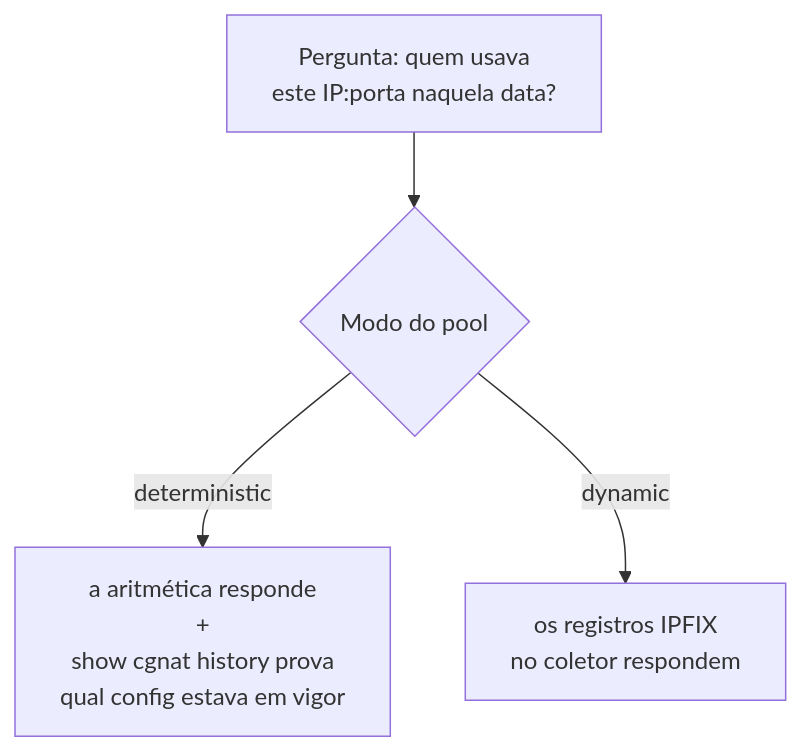
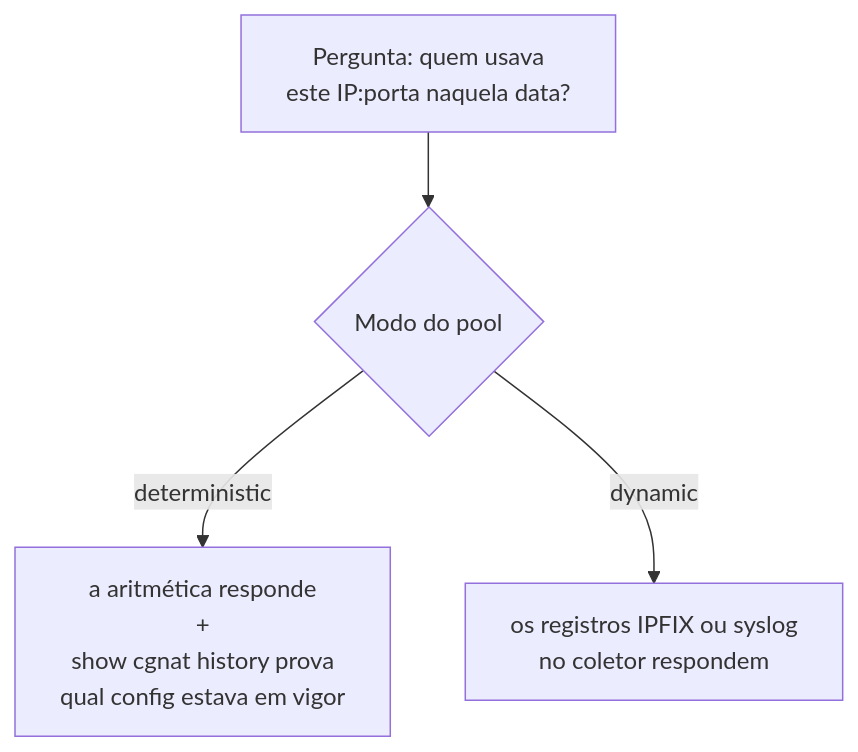
The first of 2 diagrams in wiki/operar/logging-ipfix-e-trilha-de-auditoria.md (andrediashexa/prismarouting), drawn with Mermaid before and after one commit. The commit also changed other lines of this file and 33 other files, not shown here.

````diff
--- a/wiki/operar/logging-ipfix-e-trilha-de-auditoria.md
+++ b/wiki/operar/logging-ipfix-e-trilha-de-auditoria.md
@@ -5,6 +5,6 @@
 ```mermaid
 flowchart TD
     P["Pergunta: quem usava<br/>este IP:porta naquela data?"] --> M{"Modo do pool"}
     M -->|deterministic| A["a aritmética responde<br/>+<br/>show cgnat history prova<br/>qual config estava em vigor"]
-    M -->|dynamic| B["os registros IPFIX<br/>no coletor respondem"]
+    M -->|dynamic| B["os registros IPFIX ou syslog<br/>no coletor respondem"]
 ```
````
